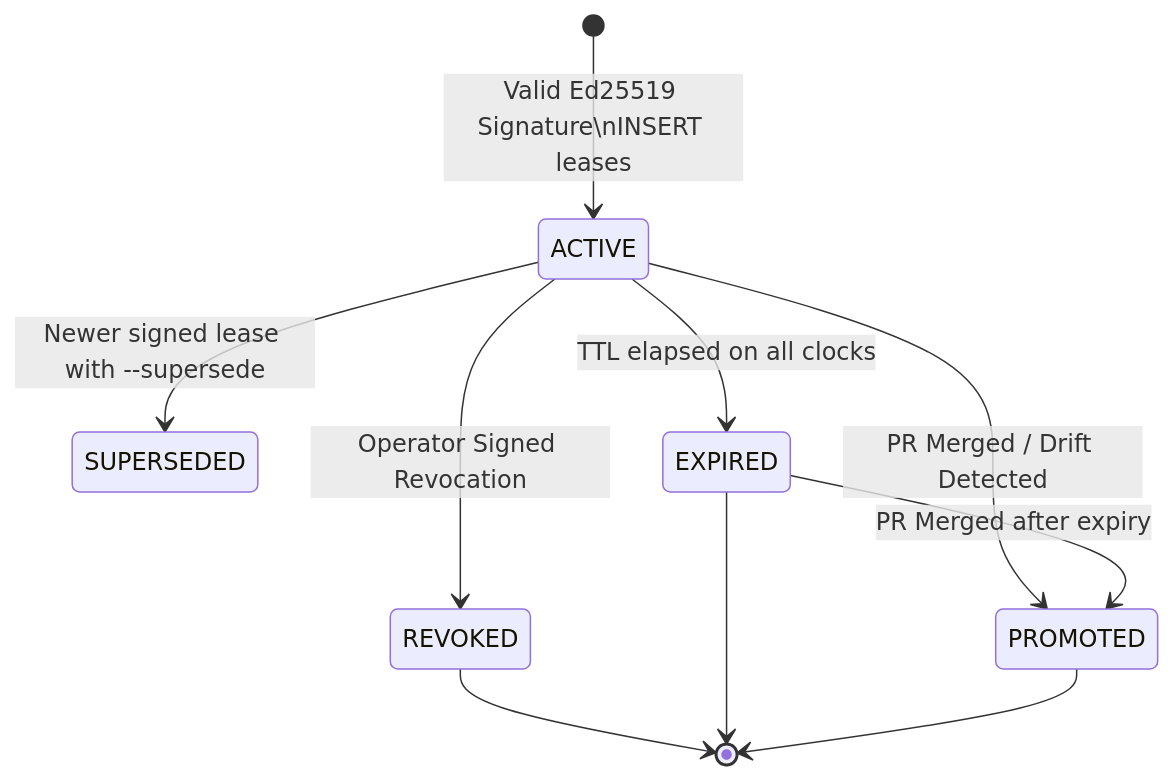
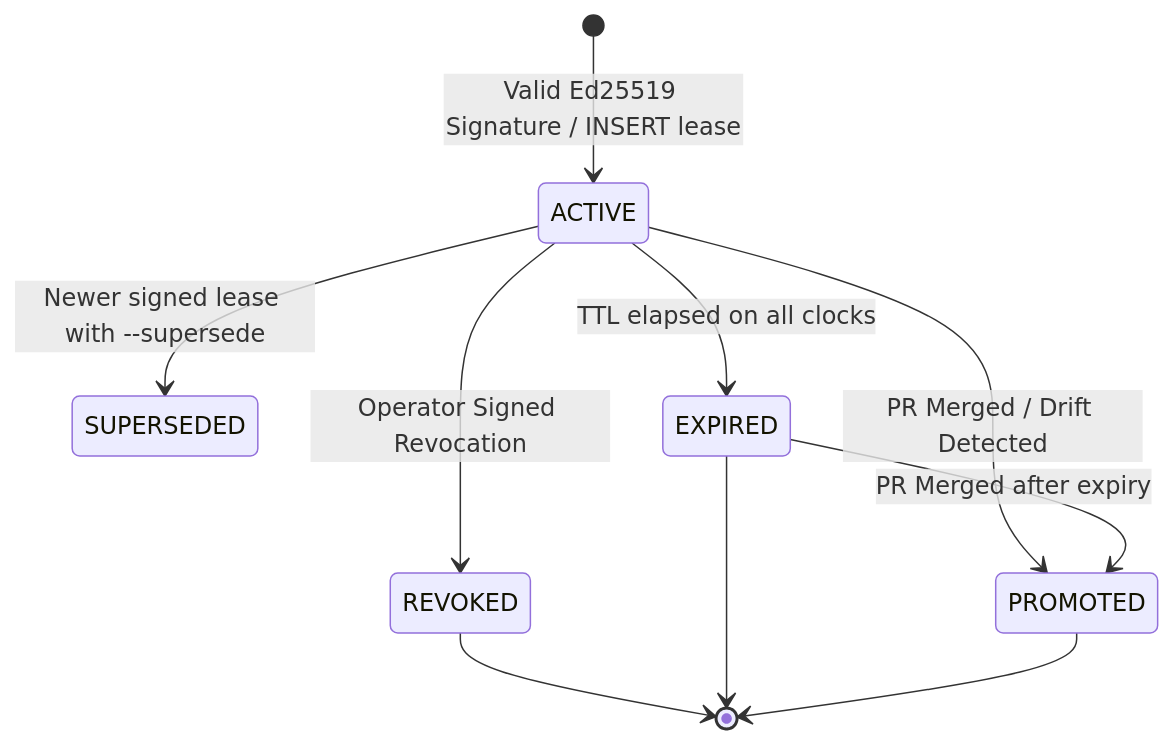
The third of 4 diagrams in docs/ARCHITECTURE.md (adityapawar112/SynapseState), drawn with Mermaid before and after one commit. The commit also changed other lines of this file and 2 other files, not shown here.

First line of the commit message:
docs: fix Mermaid syntax errors and structure ROADMAP.md as canonical Wayfinder map

````diff
--- a/docs/ARCHITECTURE.md
+++ b/docs/ARCHITECTURE.md
@@ -320,13 +320,13 @@
 ```mermaid
 stateDiagram-v2
-    [*] --> ACTIVE: Valid Ed25519 Signature\nINSERT leases
+    [*] --> ACTIVE: Valid Ed25519 Signature / INSERT lease
     ACTIVE --> PROMOTED: PR Merged / Drift Detected
     ACTIVE --> REVOKED: Operator Signed Revocation
     ACTIVE --> SUPERSEDED: Newer signed lease with --supersede
     ACTIVE --> EXPIRED: TTL elapsed on all clocks
     
     EXPIRED --> PROMOTED: PR Merged after expiry
     REVOKED --> [*]
     EXPIRED --> [*]
     PROMOTED --> [*]
 ```
````
